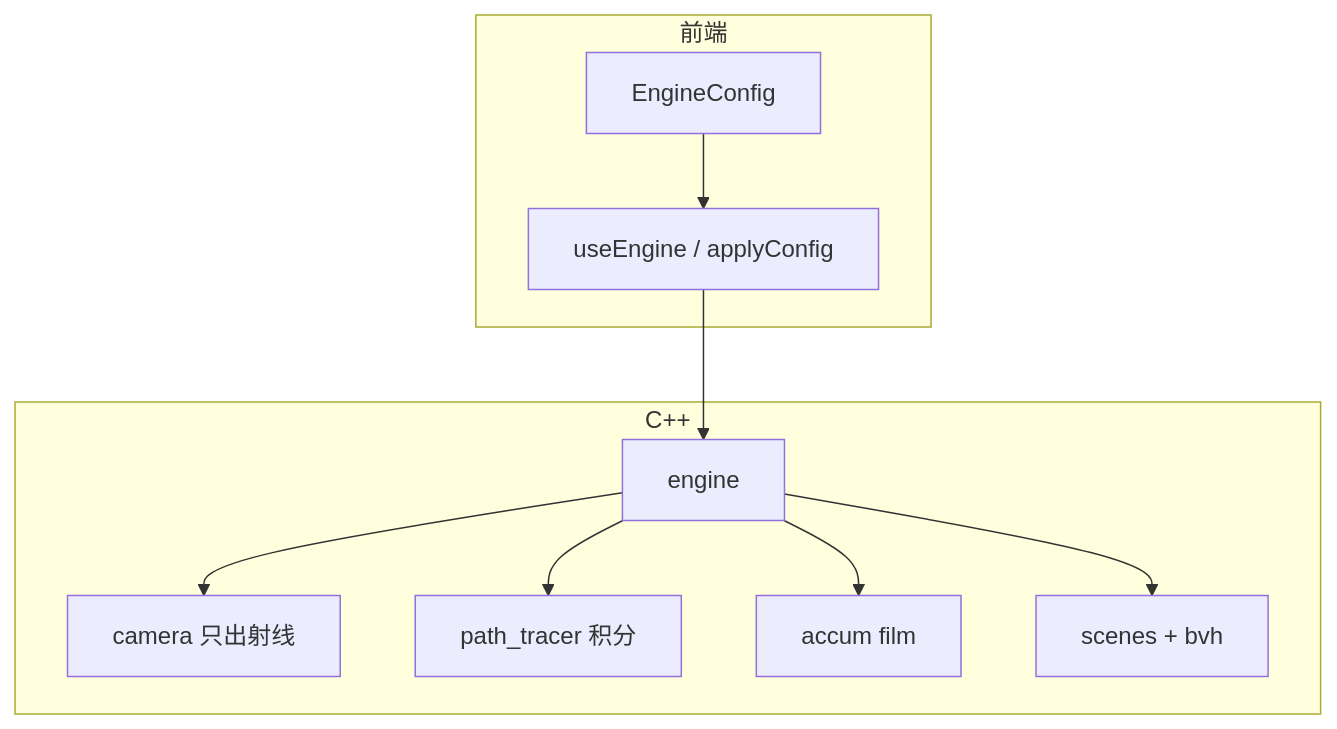
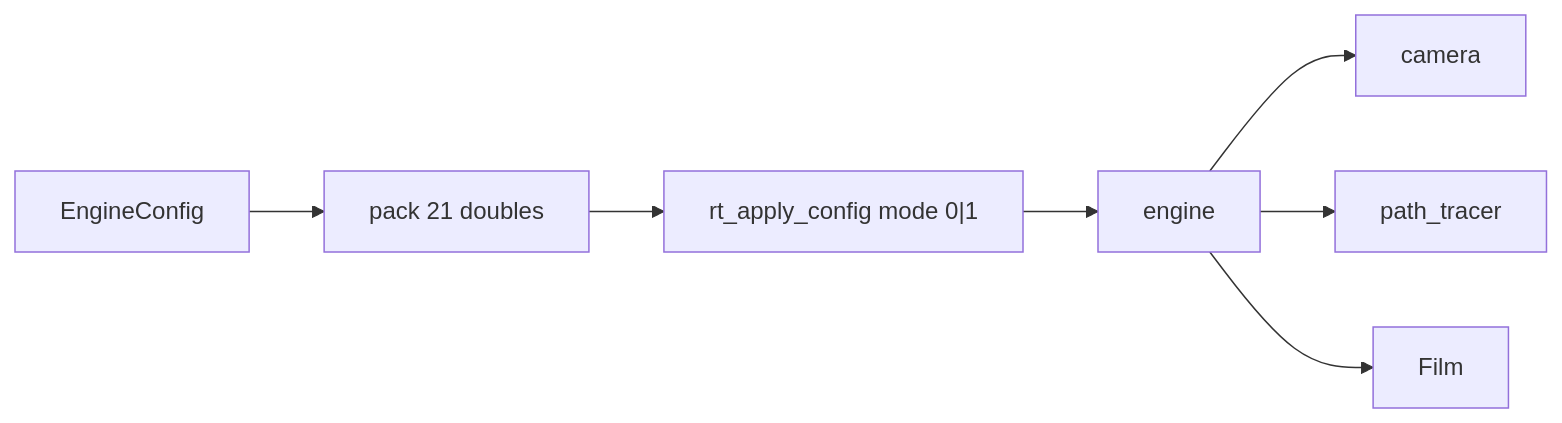
The diagram in docs/ARCHITECTURE.md (xiaoqianran/cpp-002), drawn with Mermaid before and after one commit. The commit also changed other lines of this file and 26 other files, not shown here.

First line of the commit message:
refactor: 第三刀 — 目录分层 + rt_apply_config 一次投影

````diff
--- a/docs/ARCHITECTURE.md
+++ b/docs/ARCHITECTURE.md
@@ -5,19 +20,9 @@
 ```mermaid
-flowchart TB
-  subgraph app["前端"]
-    Cfg["EngineConfig"]
-    Hook["useEngine / applyConfig"]
-  end
-  subgraph cpp["C++"]
-    E["engine"]
-    Cam["camera 只出射线"]
-    PT["path_tracer 积分"]
-    Film["accum film"]
-    Scene["scenes + bvh"]
-  end
-  Cfg --> Hook --> E
-  E --> Cam
-  E --> PT
-  E --> Film
-  E --> Scene
+flowchart LR
+  Cfg["EngineConfig"] --> Pack["pack 21 doubles"]
+  Pack --> WASM["rt_apply_config mode 0|1"]
+  WASM --> Eng["engine"]
+  Eng --> Cam["camera"]
+  Eng --> PT["path_tracer"]
+  Eng --> Film
 ```
````
